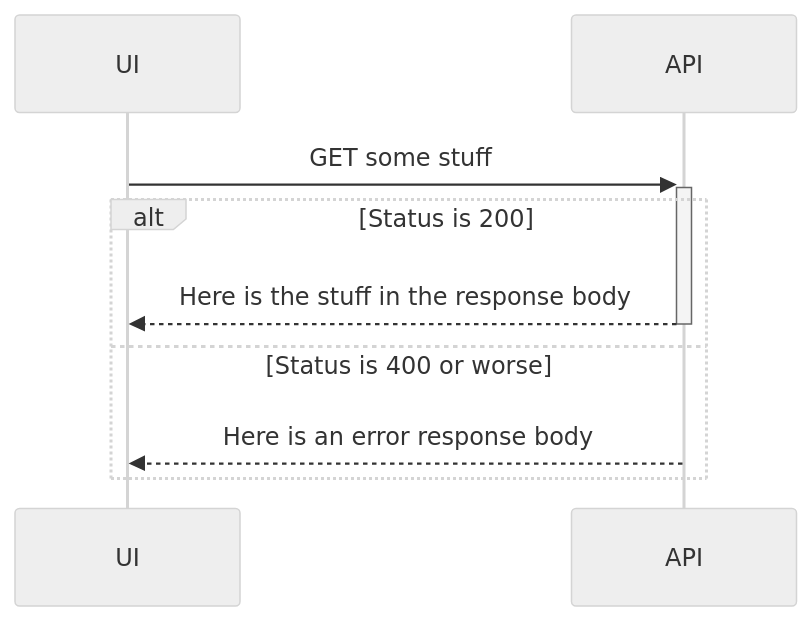
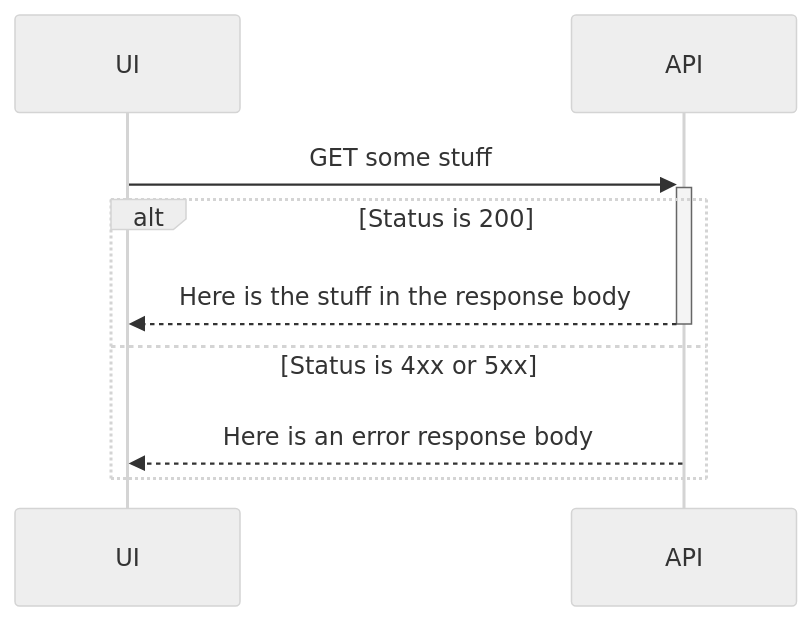
One commit to SruthiKorembathe/CICDImplementation changed the fifth of 7 diagrams in Examples-of-diagramming.md. Above: the diagram before and after it, drawn with Mermaid (neutral theme).

````diff
--- a/Examples-of-diagramming.md
+++ b/Examples-of-diagramming.md
@@ -96,9 +96,9 @@
 ```mermaid
 sequenceDiagram
   UI ->>+ API: GET some stuff
   alt Status is 200
     API -->>- UI: Here is the stuff in the response body
-  else Status is 400 or worse
+  else Status is 4xx or 5xx
     API -->> UI: Here is an error response body
   end
 ```
````
